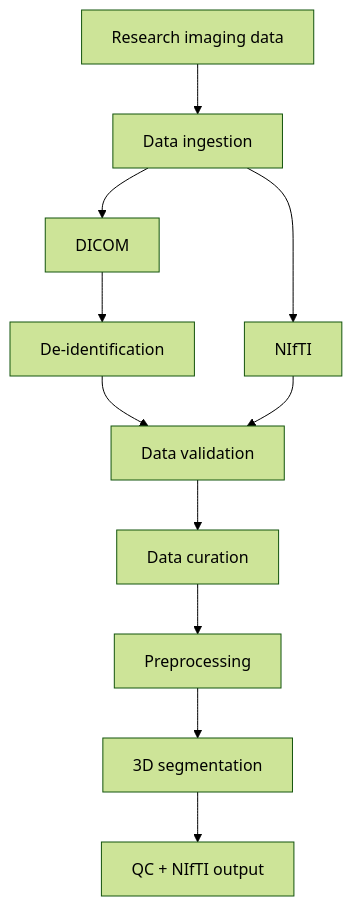
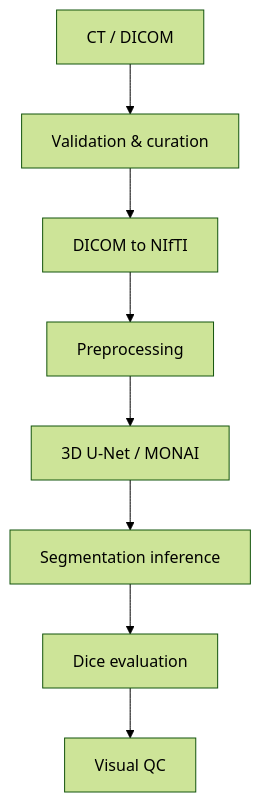
One commit to hassanisaq97-blip/medical-imaging-research-pipeline changed the first of 2 diagrams in README.md. Above: the diagram before and after it, drawn with Mermaid (forest theme). The commit also changed other lines of this file and 4 other files, not shown here.

````diff
--- a/README.md
+++ b/README.md
@@ -53,13 +17,10 @@
 ```mermaid
 flowchart TD
-    A[Research imaging data] --> B[Data ingestion]
-    B --> C[DICOM]
-    B --> D[NIfTI]
-    C --> E[De-identification]
-    E --> F[Data validation]
-    D --> F
-    F --> G[Data curation]
-    G --> H[Preprocessing]
-    H --> I[3D segmentation]
-    I --> J[QC + NIfTI output]
+    A[CT / DICOM] --> B[Validation & curation]
+    B --> C[DICOM to NIfTI]
+    C --> D[Preprocessing]
+    D --> E[3D U-Net / MONAI]
+    E --> F[Segmentation inference]
+    F --> G[Dice evaluation]
+    G --> H[Visual QC]
 ```
````
